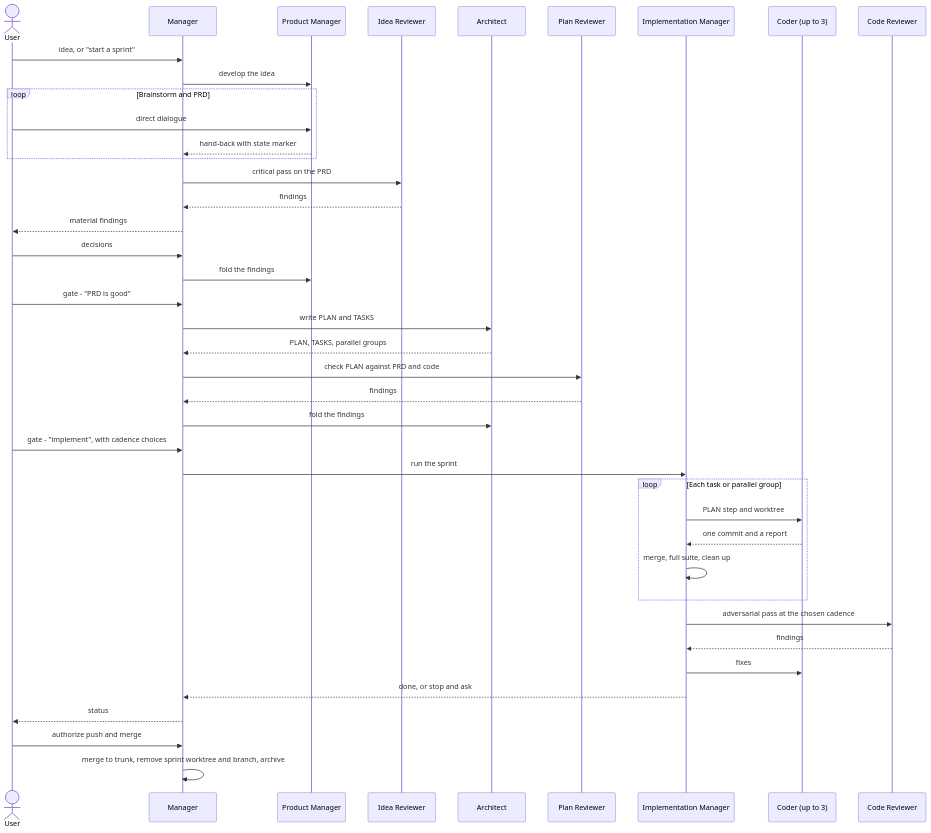
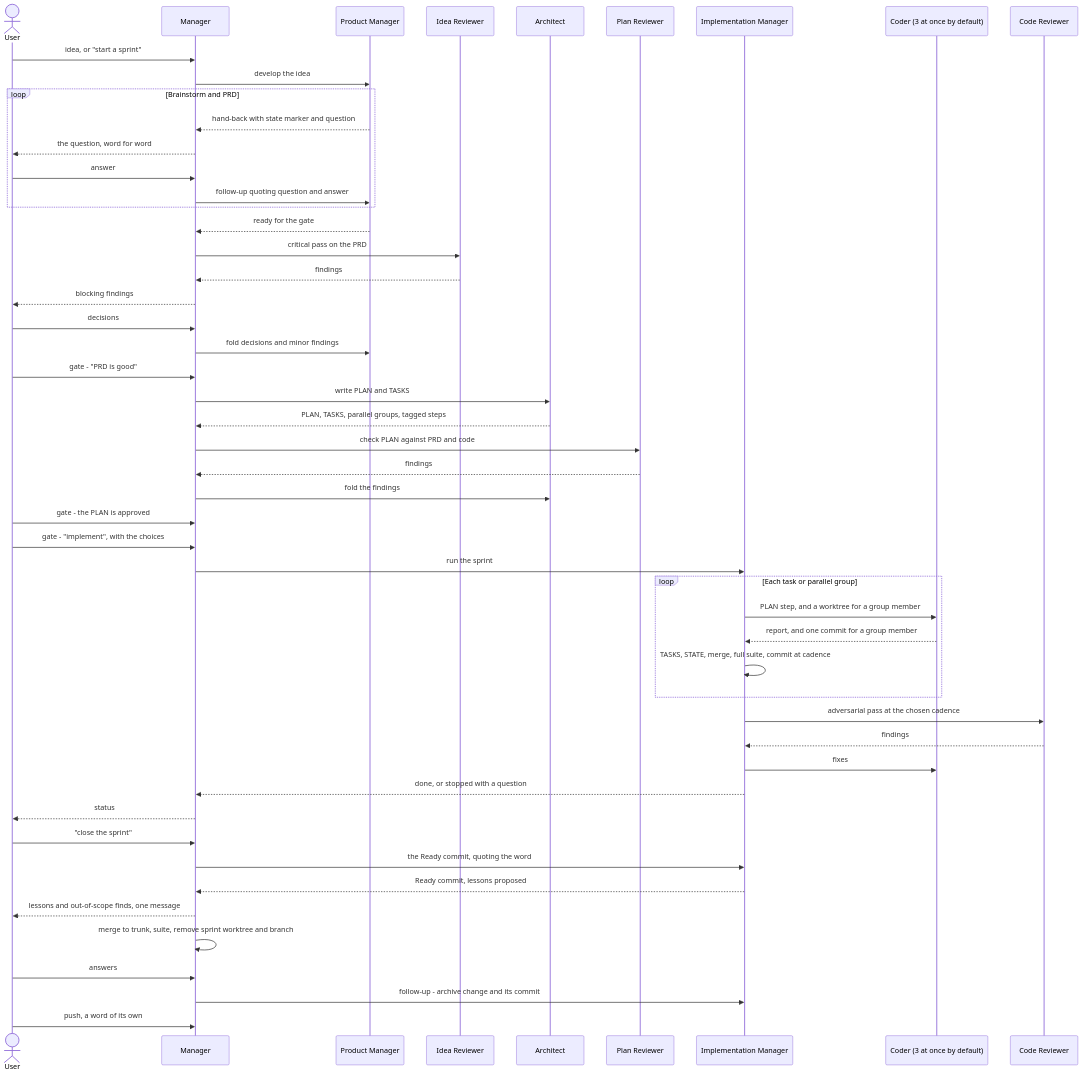
Before and after one commit to yzaremba/ai-skills: the second of 2 diagrams in docs/agent-roles-framework.md, drawn with Mermaid. The commit also changed other lines of this file and 7 other files, not shown here.

````diff
--- a/docs/agent-roles-framework.md
+++ b/docs/agent-roles-framework.md
@@ -84,47 +88,57 @@
 ```mermaid
 sequenceDiagram
     actor U as User
     participant M as Manager
     participant PM as Product Manager
     participant IR as Idea Reviewer
     participant A as Architect
     participant PR as Plan Reviewer
-    participant SL as Implementation Manager
-    participant C as Coder (up to 3)
+    participant IM as Implementation Manager
+    participant C as Coder (3 at once by default)
     participant CR as Code Reviewer
 
     U->>M: idea, or "start a sprint"
     M->>PM: develop the idea
     loop Brainstorm and PRD
-        U->>PM: direct dialogue
-        PM-->>M: hand-back with state marker
+        PM-->>M: hand-back with state marker and question
+        M-->>U: the question, word for word
+        U->>M: answer
+        M->>PM: follow-up quoting question and answer
     end
+    PM-->>M: ready for the gate
     M->>IR: critical pass on the PRD
     IR-->>M: findings
-    M-->>U: material findings
+    M-->>U: blocking findings
     U->>M: decisions
-    M->>PM: fold the findings
+    M->>PM: fold decisions and minor findings
 
     U->>M: gate - "PRD is good"
     M->>A: write PLAN and TASKS
-    A-->>M: PLAN, TASKS, parallel groups
+    A-->>M: PLAN, TASKS, parallel groups, tagged steps
     M->>PR: check PLAN against PRD and code
     PR-->>M: findings
     M->>A: fold the findings
+    U->>M: gate - the PLAN is approved
 
-    U->>M: gate - "implement", with cadence choices
-    M->>SL: run the sprint
+    U->>M: gate - "implement", with the choices
+    M->>IM: run the sprint
     loop Each task or parallel group
-        SL->>C: PLAN step and worktree
-        C-->>SL: one commit and a report
-        SL->>SL: merge, full suite, clean up
+        IM->>C: PLAN step, and a worktree for a group member
+        C-->>IM: report, and one commit for a group member
+        IM->>IM: TASKS, STATE, merge, full suite, commit at cadence
     end
-    SL->>CR: adversarial pass at the chosen cadence
-    CR-->>SL: findings
-    SL->>C: fixes
-    SL-->>M: done, or stop and ask
+    IM->>CR: adversarial pass at the chosen cadence
+    CR-->>IM: findings
+    IM->>C: fixes
+    IM-->>M: done, or stopped with a question
     M-->>U: status
 
-    U->>M: authorize push and merge
-    M->>M: merge to trunk, remove sprint worktree and branch, archive
+    U->>M: "close the sprint"
+    M->>IM: the Ready commit, quoting the word
+    IM-->>M: Ready commit, lessons proposed
+    M-->>U: lessons and out-of-scope finds, one message
+    M->>M: merge to trunk, suite, remove sprint worktree and branch
+    U->>M: answers
+    M->>IM: follow-up - archive change and its commit
+    U->>M: push, a word of its own
 ```
````
